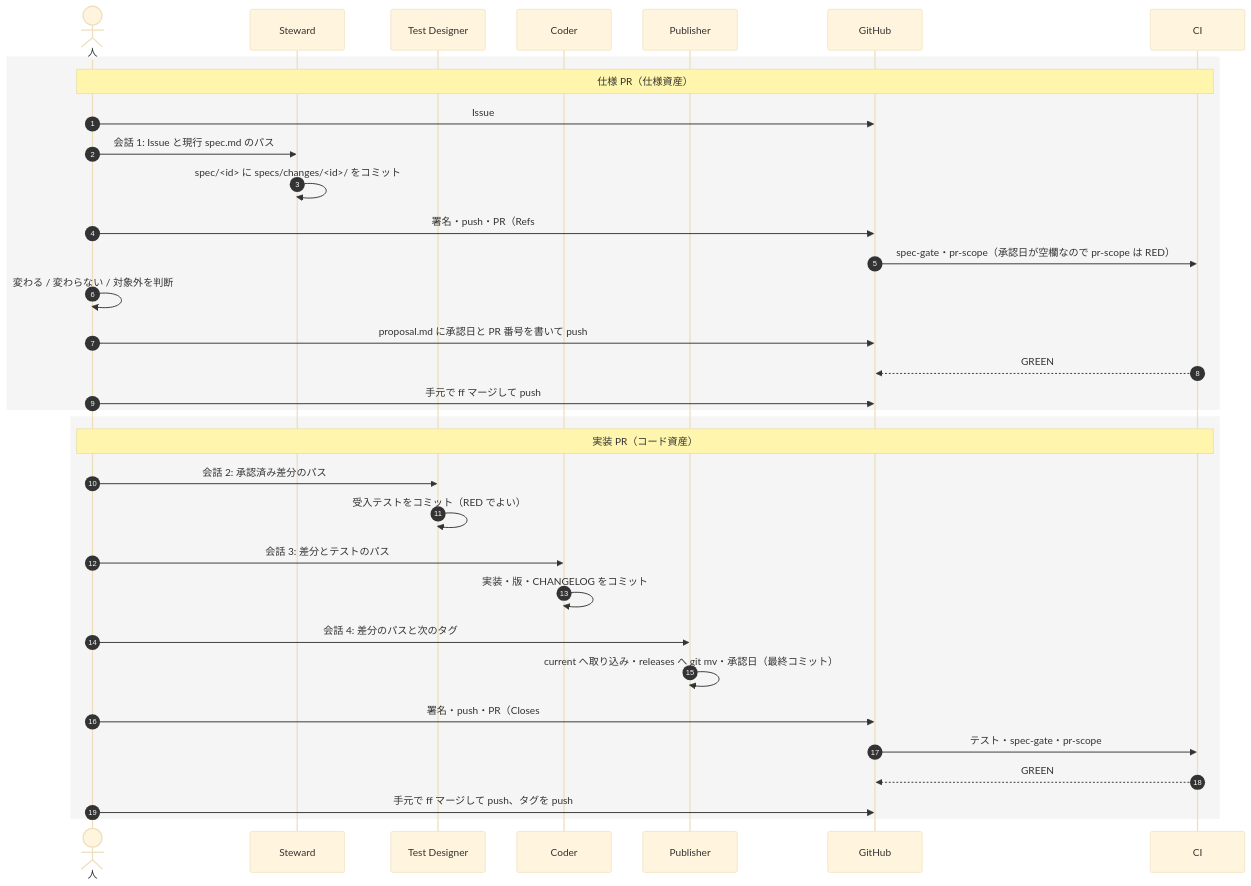
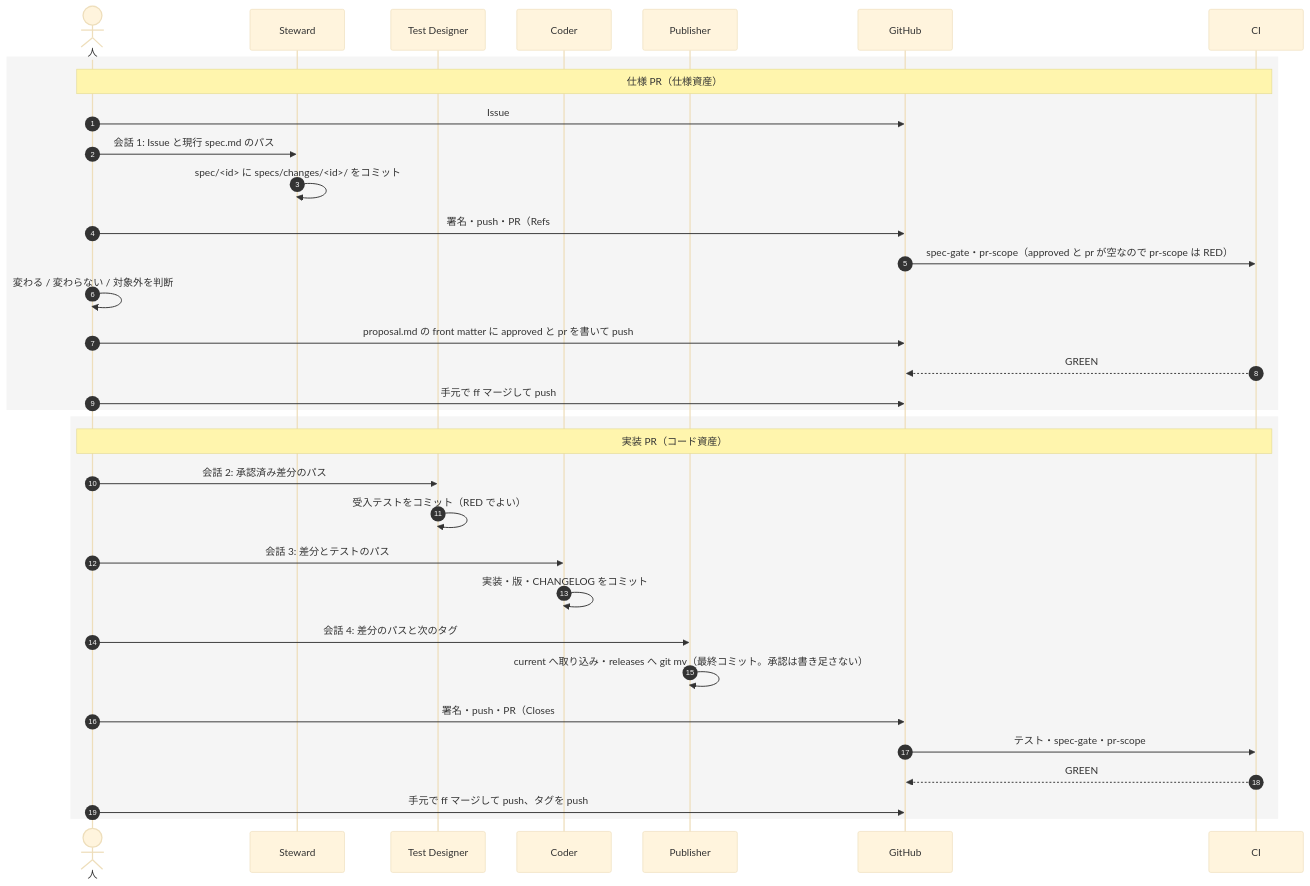
One commit to shuji-bonji/spec-ids changed the second of 3 diagrams in docs/operations.md. Above: the diagram before and after it, drawn with Mermaid (base theme). The commit also changed other lines of this file, not shown here.

First line of the commit message:
docs: operations.md を 0.3.0 の front matter の承認の記録に合わせる（#5）

````diff
--- a/docs/operations.md
+++ b/docs/operations.md
@@ -66,38 +66,38 @@
 ```mermaid
 sequenceDiagram
   autonumber
   actor H as 人
   participant St as Steward
   participant Td as Test Designer
   participant Cd as Coder
   participant Pb as Publisher
   participant GH as GitHub
   participant CI as CI
 
   rect rgba(128,128,128,0.08)
   Note over H,CI: 仕様 PR（仕様資産）
   H->>GH: Issue #N
   H->>St: 会話 1: Issue と現行 spec.md のパス
   St->>St: spec/<id> に specs/changes/<id>/ をコミット
   H->>GH: 署名・push・PR（Refs #N）
-  GH->>CI: spec-gate・pr-scope（承認日が空欄なので pr-scope は RED）
+  GH->>CI: spec-gate・pr-scope（approved と pr が空なので pr-scope は RED）
   H->>H: 変わる / 変わらない / 対象外を判断
-  H->>GH: proposal.md に承認日と PR 番号を書いて push
+  H->>GH: proposal.md の front matter に approved と pr を書いて push
   CI-->>GH: GREEN
   H->>GH: 手元で ff マージして push
   end
 
   rect rgba(128,128,128,0.08)
   Note over H,CI: 実装 PR（コード資産）
   H->>Td: 会話 2: 承認済み差分のパス
   Td->>Td: 受入テストをコミット（RED でよい）
   H->>Cd: 会話 3: 差分とテストのパス
   Cd->>Cd: 実装・版・CHANGELOG をコミット
   H->>Pb: 会話 4: 差分のパスと次のタグ
-  Pb->>Pb: current へ取り込み・releases へ git mv・承認日（最終コミット）
+  Pb->>Pb: current へ取り込み・releases へ git mv（最終コミット。承認は書き足さない）
   H->>GH: 署名・push・PR（Closes #N）
   GH->>CI: テスト・spec-gate・pr-scope
   CI-->>GH: GREEN
   H->>GH: 手元で ff マージして push、タグを push
   end
 ```
````
